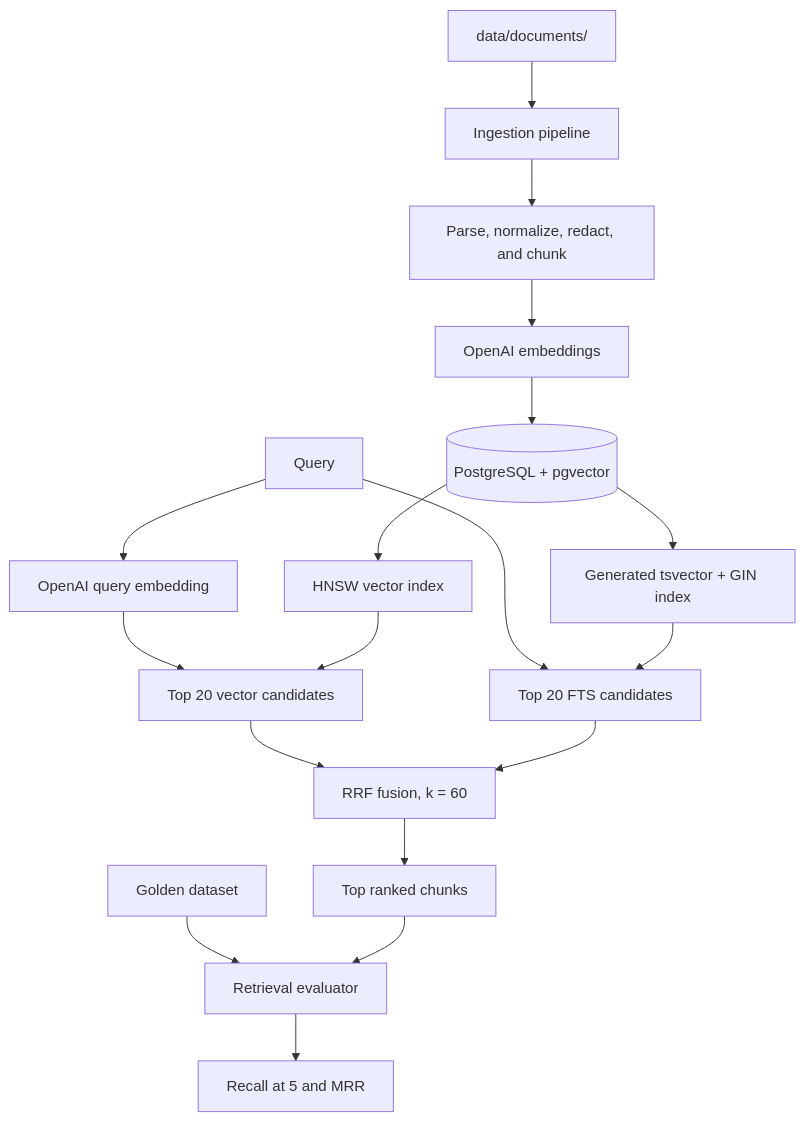
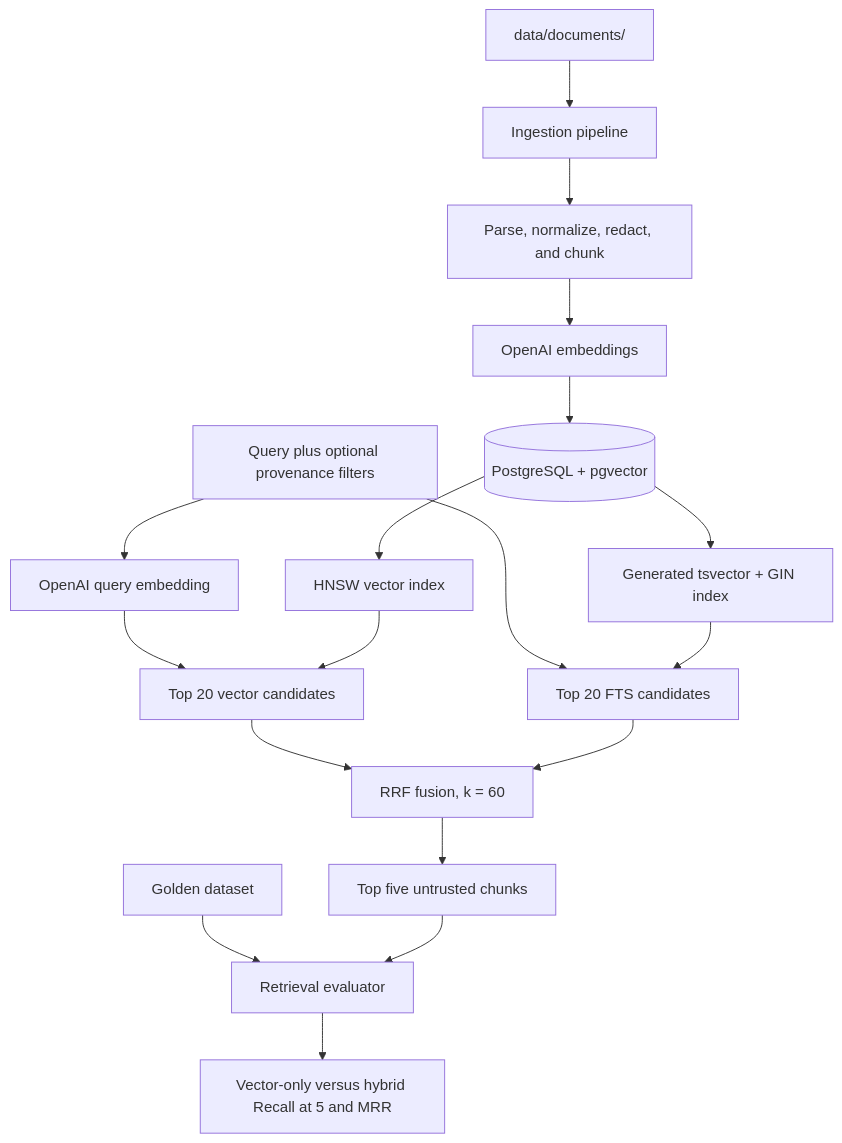
One commit to Hussein881/bmtechllc changed the diagram in projects/internal-tools/benchmark-cli-tool/docs/SYSTEM_FLOW.md. Above: the diagram before and after it, drawn with Mermaid. The commit also changed other lines of this file and 18 other files, not shown here.

````diff
--- a/projects/internal-tools/benchmark-cli-tool/docs/SYSTEM_FLOW.md
+++ b/projects/internal-tools/benchmark-cli-tool/docs/SYSTEM_FLOW.md
@@ -12,22 +12,22 @@
 ```mermaid
 flowchart TD
     Documents[data/documents/] --> Ingest[Ingestion pipeline]
     Ingest --> Parse[Parse, normalize, redact, and chunk]
     Parse --> Embed[OpenAI embeddings]
     Embed --> Store[(PostgreSQL + pgvector)]
     Store --> VectorIndex[HNSW vector index]
     Store --> FTSIndex[Generated tsvector + GIN index]
 
-    Query[Query] --> QueryEmbed[OpenAI query embedding]
+    Query[Query plus optional provenance filters] --> QueryEmbed[OpenAI query embedding]
     QueryEmbed --> VectorSearch[Top 20 vector candidates]
     VectorIndex --> VectorSearch
     Query --> FTSSearch[Top 20 FTS candidates]
     FTSIndex --> FTSSearch
     VectorSearch --> RRF[RRF fusion, k = 60]
     FTSSearch --> RRF
-    RRF --> Chunks[Top ranked chunks]
+    RRF --> Chunks[Top five untrusted chunks]
 
     Golden[Golden dataset] --> Evaluate[Retrieval evaluator]
     Chunks --> Evaluate
-    Evaluate --> Metrics[Recall at 5 and MRR]
+    Evaluate --> Metrics[Vector-only versus hybrid Recall at 5 and MRR]
 ```
````
